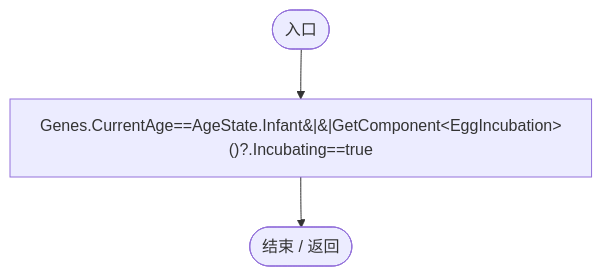
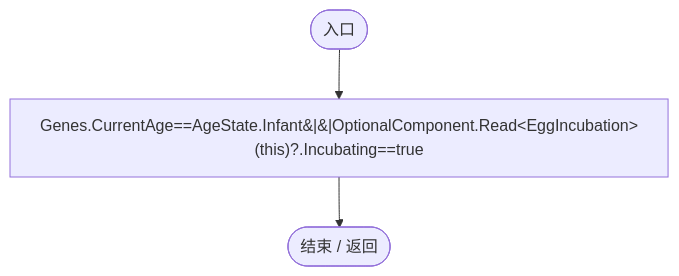
Diagram 14 of 53 in Docs/运行流程图/脚本/baebd85c05598377.md (xhs6666/Darwin_paradise), drawn with Mermaid before and after one commit. The commit also changed other lines of this file and 212 other files, not shown here.

````diff
--- a/Docs/运行流程图/脚本/baebd85c05598377.md
+++ b/Docs/运行流程图/脚本/baebd85c05598377.md
@@ -306,9 +306,9 @@
 ```mermaid
 flowchart TD
   n2(["入口"])
-  n1["Genes.CurrentAge==AgeState.Infant&#124;&#124;GetComponent&lt;EggIncubation&gt;()?.Incubating==true"]
+  n1["Genes.CurrentAge==AgeState.Infant&#124;&#124;OptionalComponent.Read&lt;EggIncubation&gt;(this)?.Incubating==true"]
   n0(["结束 / 返回"])
   n1 --> n0
   n2 --> n1
 
 ```
````
